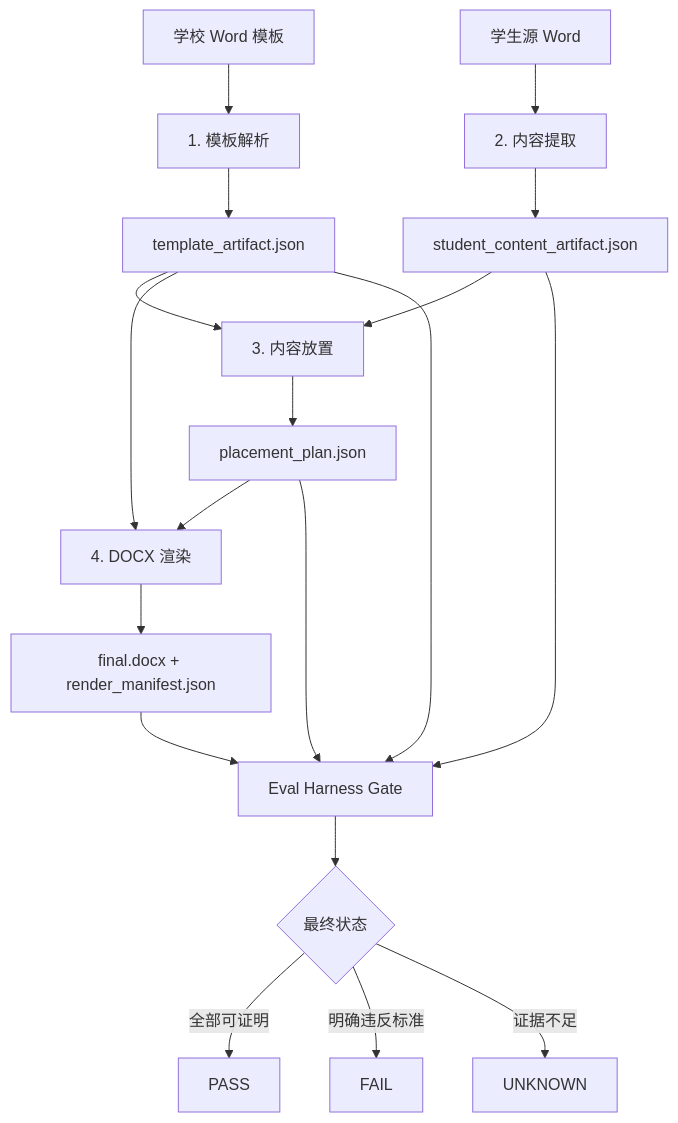
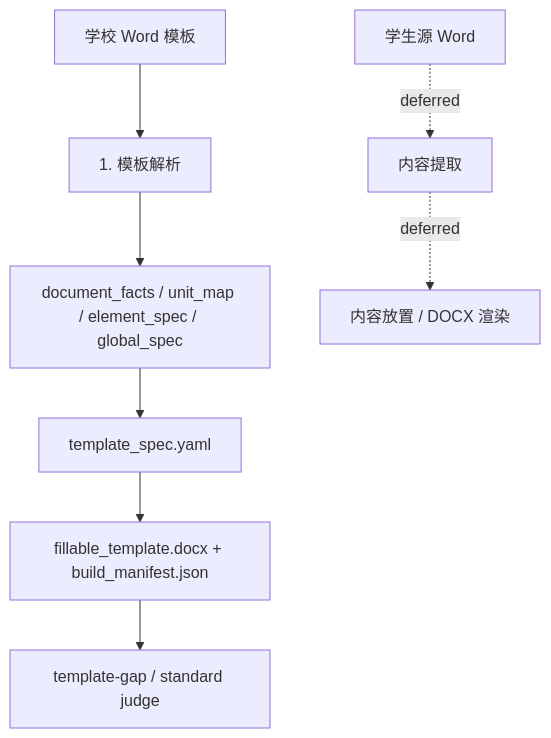
Before and after one commit to bamao88/docfit_v3: the diagram in docs/current/README.md, drawn with Mermaid. The commit also changed other lines of this file and 5 other files, not shown here.

````diff
--- a/docs/current/README.md
+++ b/docs/current/README.md
@@ -43,25 +39,11 @@
 ```mermaid
 flowchart TD
   A["学校 Word 模板"] --> B["1. 模板解析"]
-  B --> C["template_artifact.json"]
+  B --> C["document_facts / unit_map / element_spec / global_spec"]
+  C --> D["template_spec.yaml"]
+  D --> E["fillable_template.docx + build_manifest.json"]
+  E --> F["template-gap / standard judge"]
 
-  D["学生源 Word"] --> E["2. 内容提取"]
-  E --> F["student_content_artifact.json"]
-
-  C --> G["3. 内容放置"]
-  F --> G
-  G --> H["placement_plan.json"]
-
-  H --> I["4. DOCX 渲染"]
-  C --> I
-  I --> J["final.docx + render_manifest.json"]
-
-  C --> K["Eval Harness Gate"]
-  F --> K
-  H --> K
-  J --> K
-  K --> L{"最终状态"}
-  L -->|全部可证明| M["PASS"]
-  L -->|明确违反标准| N["FAIL"]
-  L -->|证据不足| O["UNKNOWN"]
+  G["学生源 Word"] -. deferred .-> H["内容提取"]
+  H -. deferred .-> I["内容放置 / DOCX 渲染"]
 ```
````
